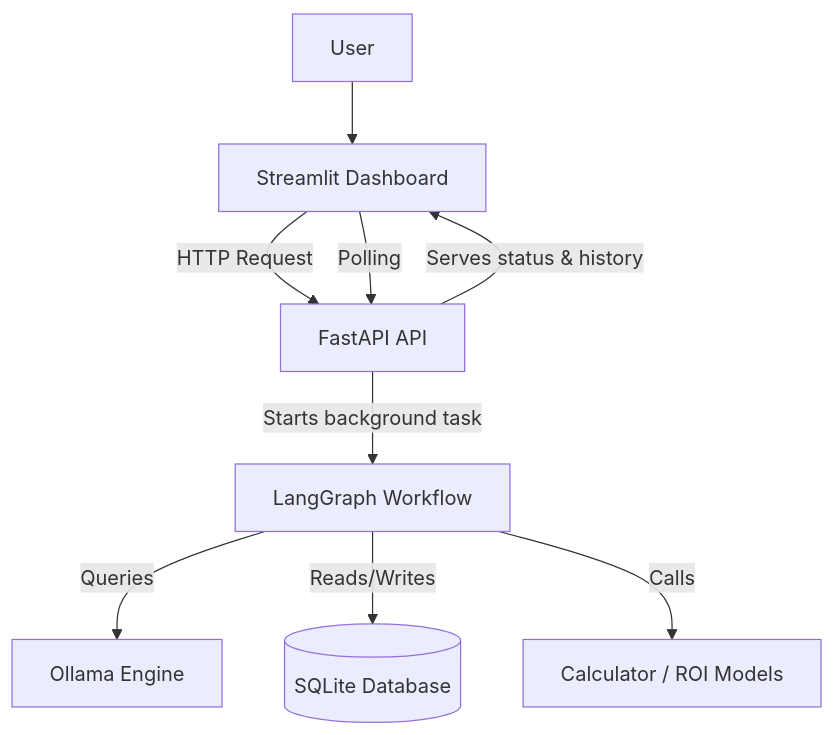
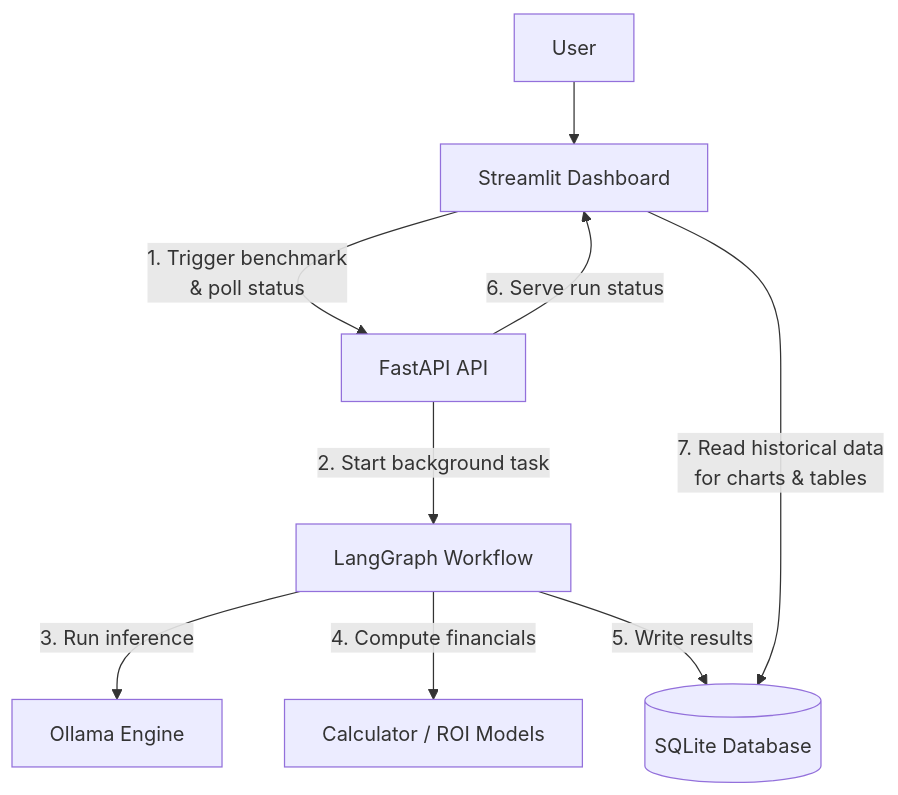
Before and after one commit to YoussefHarrabii/ModelRoi-v0: the diagram in README.MD, drawn with Mermaid.

Commit message:
mermaid.js tweak

````diff
--- a/README.MD
+++ b/README.MD
@@ -25,11 +25,12 @@
 ```mermaid
 flowchart TD
     User[User] --> Dashboard[Streamlit Dashboard]
-    Dashboard -->|HTTP Request| API[FastAPI API]
-    API -->|Starts background task| Worker[LangGraph Workflow]
-    Worker -->|Queries| Ollama[Ollama Engine]
-    Worker -->|Reads/Writes| DB[(SQLite Database)]
-    Worker -->|Calls| Calc[Calculator / ROI Models]
-    Dashboard -->|Polling| API
-    API -->|Serves status & history| Dashboard
+    Dashboard -->|1. Trigger benchmark<br>& poll status| API[FastAPI API]
+    API -->|2. Start background task| Worker[LangGraph Workflow]
+    Worker -->|3. Run inference| Ollama[Ollama Engine]
+    Worker -->|4. Compute financials| Calc[Calculator / ROI Models]
+    Worker -->|5. Write results| DB[(SQLite Database)]
+    API -->|6. Serve run status| Dashboard
+    Dashboard -->|7. Read historical data<br>for charts & tables| DB
+
 ```
````
